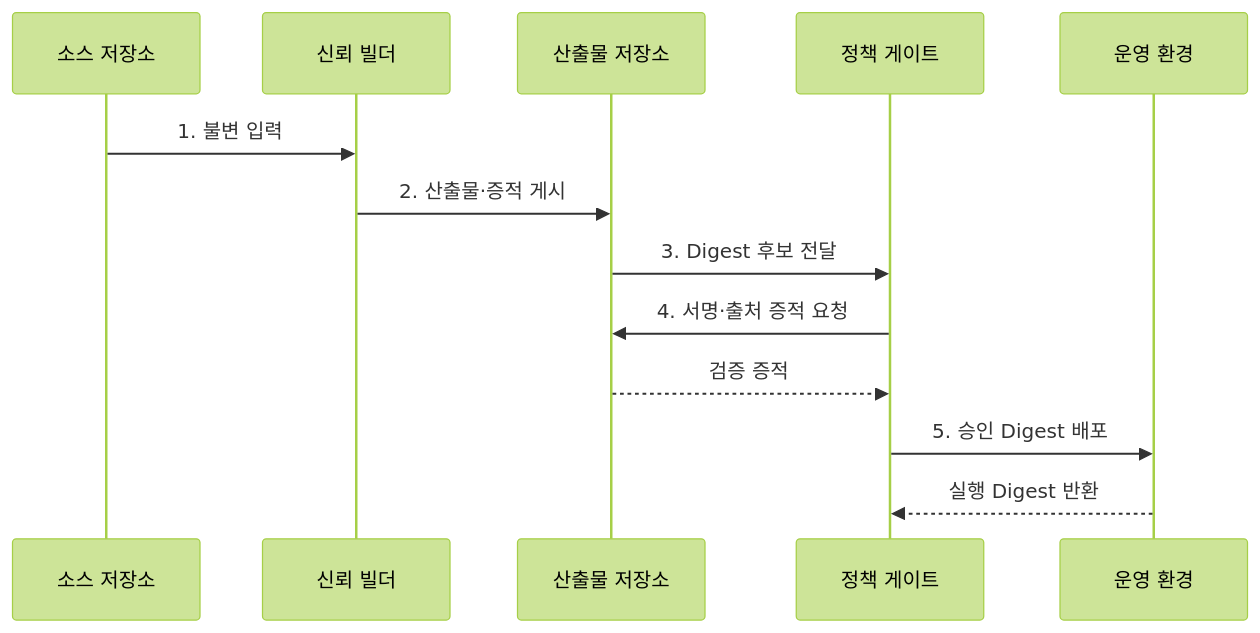
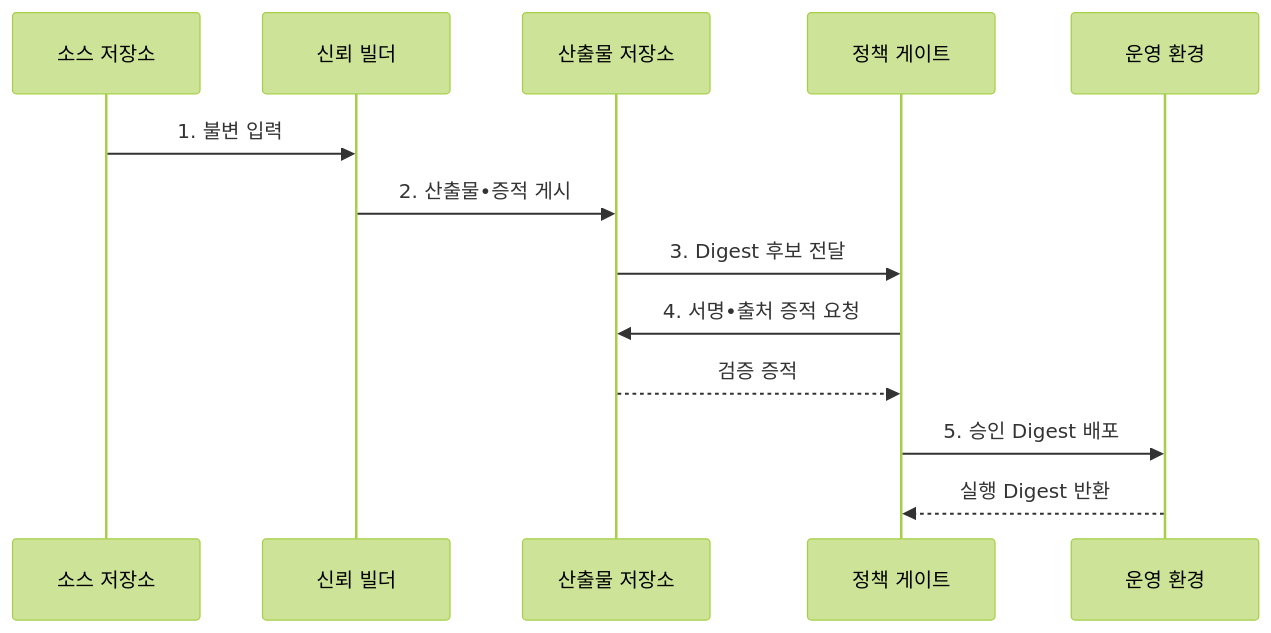
Before and after one commit to agnusdei1207/knowledge-base: the second of 2 diagrams in src/content/docs/notes/03-software/185_software_supply_chain_security.md, drawn with Mermaid (forest theme). The commit also changed other lines of this file and 953 other files, not shown here.

````diff
--- a/src/content/docs/notes/03-software/185_software_supply_chain_security.md
+++ b/src/content/docs/notes/03-software/185_software_supply_chain_security.md
@@ -110,15 +110,15 @@
 ```mermaid
 sequenceDiagram
     participant S as 소스 저장소
     participant B as 신뢰 빌더
     participant R as 산출물 저장소
     participant G as 정책 게이트
     participant O as 운영 환경
     S->>B: 1. 불변 입력
-    B->>R: 2. 산출물·증적 게시
+    B->>R: 2. 산출물•증적 게시
     R->>G: 3. Digest 후보 전달
-    G->>R: 4. 서명·출처 증적 요청
+    G->>R: 4. 서명•출처 증적 요청
     R-->>G: 검증 증적
     G->>O: 5. 승인 Digest 배포
     O-->>G: 실행 Digest 반환
 ```
````
